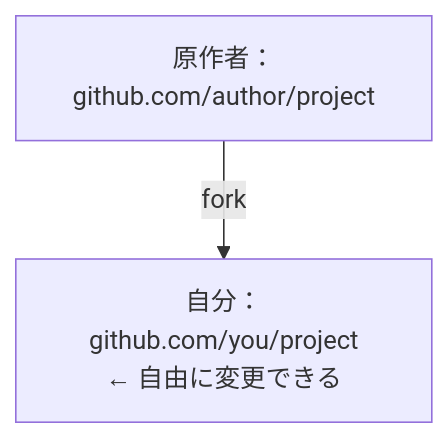
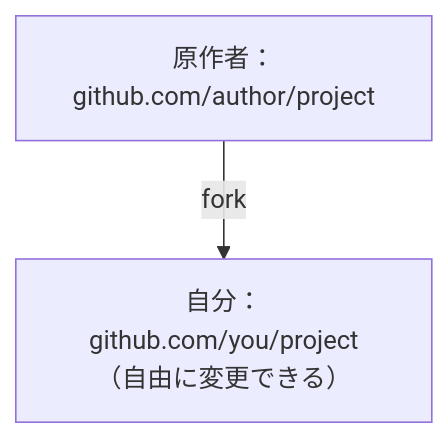
The diagram in docs/ja/stage/5/5-1-fork-upstream.md (xiangzhang-coding/git-learning-path), drawn with Mermaid before and after one commit. The commit also changed 1 other file, not shown here.

Commit message:
fix: remove ASCII arrow leftovers in ja/fr fork mermaid labels
Code-review follow-up: ja 5-1 and fr 5-1 node labels still
carried the '←' glyph from the original ASCII diagrams; replaced
with parenthesized text (（自由に変更できる）, (vous pouvez tout
modifier)). mermaid renders the ja page cleanly.

Evaluated and intentionally kept: withMermaid(defineConfig())
is the plugin's documented usage (defineConfig provides type
inference); the hand-written slugifier in tests stays since
e2e/anchors.spec.ts now verifies anchor resolution against the
built DOM.

````diff
--- a/docs/ja/stage/5/5-1-fork-upstream.md
+++ b/docs/ja/stage/5/5-1-fork-upstream.md
@@ -45,4 +45,4 @@
 ```mermaid
 flowchart TD
-    A["原作者：github.com/author/project"] -->|fork| B["自分：github.com/you/project<br/>← 自由に変更できる"]
+    A["原作者：github.com/author/project"] -->|fork| B["自分：github.com/you/project<br/>（自由に変更できる）"]
 ```
````
